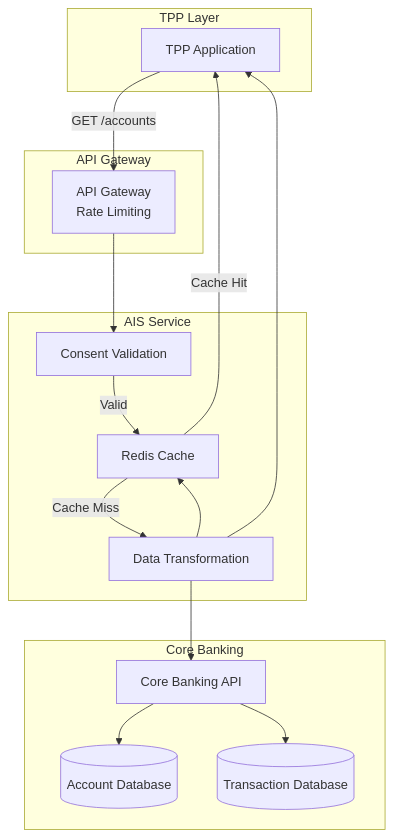
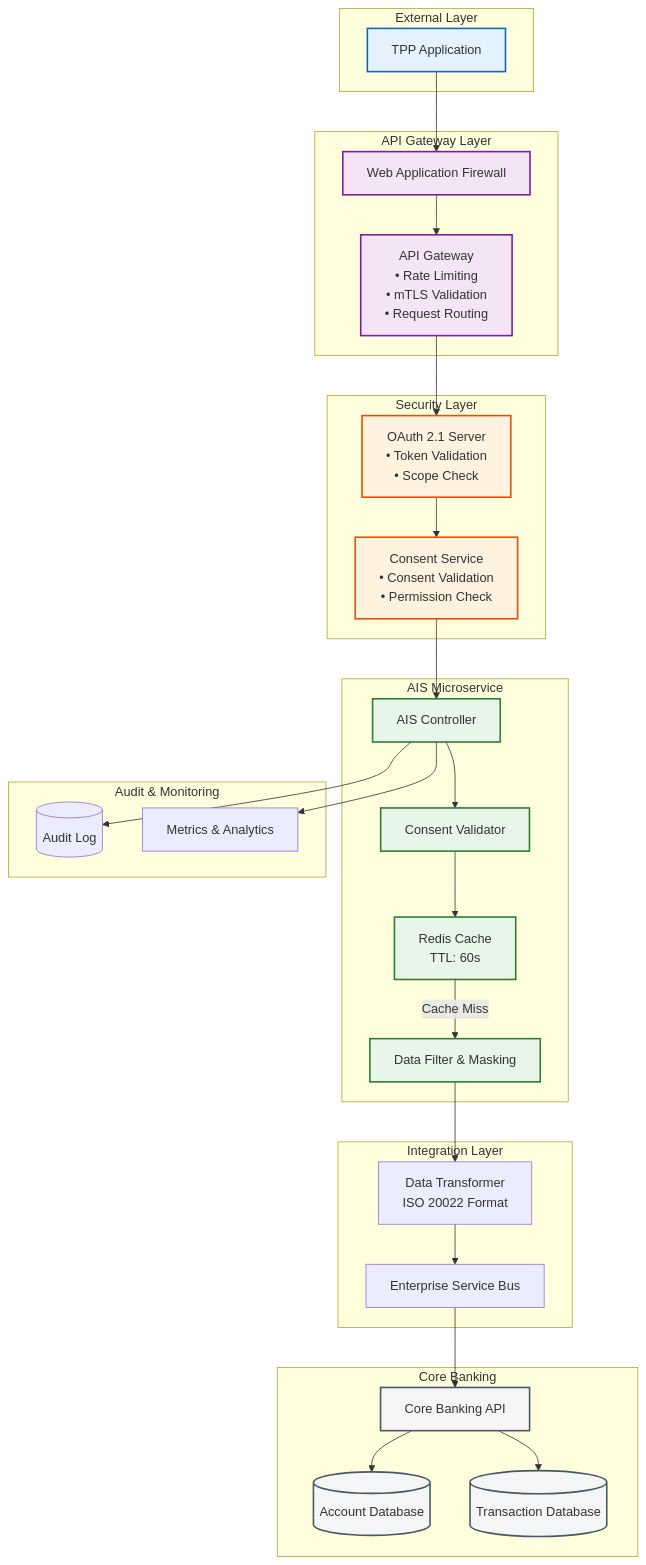
One commit to huuhoait/openbanking-vn-specs changed the first of 11 diagrams in 04-Dich-vu-Tai-khoan-AIS.md. Above: the diagram before and after it, drawn with Mermaid. The commit also changed other lines of this file and 14 other files, not shown here.

````diff
--- a/04-Dich-vu-Tai-khoan-AIS.md
+++ b/04-Dich-vu-Tai-khoan-AIS.md
@@ -9,34 +33,69 @@
 ```mermaid
-graph TB
-    subgraph "TPP Layer"
+flowchart TB
+    subgraph "External Layer"
         TPP[TPP Application]
     end
     
-    subgraph "API Gateway"
-        Gateway[API Gateway<br/>Rate Limiting]
+    subgraph "API Gateway Layer"
+        WAF[Web Application Firewall]
+        APIGW[API Gateway<br/>• Rate Limiting<br/>• mTLS Validation<br/>• Request Routing]
     end
     
-    subgraph "AIS Service"
-        Consent[Consent Validation]
-        Cache[Redis Cache]
-        Transform[Data Transformation]
+    subgraph "Security Layer"
+        OAuth[OAuth 2.1 Server<br/>• Token Validation<br/>• Scope Check]
+        Consent[Consent Service<br/>• Consent Validation<br/>• Permission Check]
+    end
+    
+    subgraph "AIS Microservice"
+        AISController[AIS Controller]
+        ConsentValidator[Consent Validator]
+        DataFilter[Data Filter & Masking]
+        Cache[Redis Cache<br/>TTL: 60s]
+    end
+    
+    subgraph "Integration Layer"
+        ESB[Enterprise Service Bus]
+        Transform[Data Transformer<br/>ISO 20022 Format]
     end
     
     subgraph "Core Banking"
         CoreAPI[Core Banking API]
         AccountDB[(Account Database)]
         TxnDB[(Transaction Database)]
     end
     
-    TPP -->|GET /accounts| Gateway
-    Gateway --> Consent
-    Consent -->|Valid| Cache
-    Cache -->|Cache Miss| Transform
-    Transform --> CoreAPI
+    subgraph "Audit & Monitoring"
+        AuditLog[(Audit Log)]
+        Metrics[Metrics & Analytics]
+    end
+    
+    TPP --> WAF
+    WAF --> APIGW
+    APIGW --> OAuth
+    OAuth --> Consent
+    Consent --> AISController
+    
+    AISController --> ConsentValidator
+    ConsentValidator --> Cache
+    Cache -->|Cache Miss| DataFilter
+    DataFilter --> Transform
+    Transform --> ESB
+    ESB --> CoreAPI
     CoreAPI --> AccountDB
     CoreAPI --> TxnDB
     
-    Cache -->|Cache Hit| TPP
-    Transform --> Cache
-    Transform --> TPP
+    AISController --> AuditLog
+    AISController --> Metrics
+    
+    classDef external fill:#e3f2fd,stroke:#1565c0,stroke-width:2px
+    classDef gateway fill:#f3e5f5,stroke:#7b1fa2,stroke-width:2px
+    classDef security fill:#fff3e0,stroke:#e65100,stroke-width:2px
+    classDef service fill:#e8f5e9,stroke:#2e7d32,stroke-width:2px
+    classDef backend fill:#f5f5f5,stroke:#455a64,stroke-width:2px
+    
+    class TPP external
+    class WAF,APIGW gateway
+    class OAuth,Consent security
+    class AISController,ConsentValidator,DataFilter,Cache service
+    class CoreAPI,AccountDB,TxnDB backend
 ```
````
